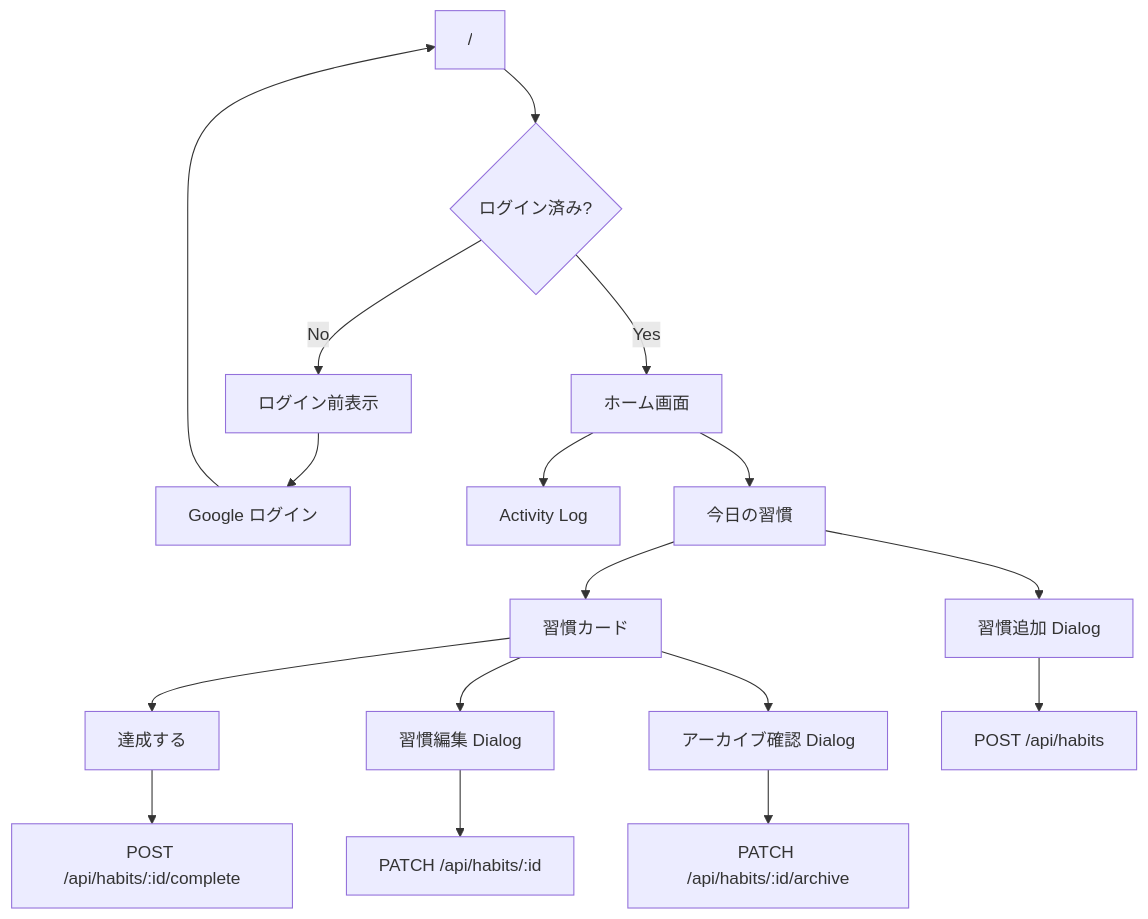
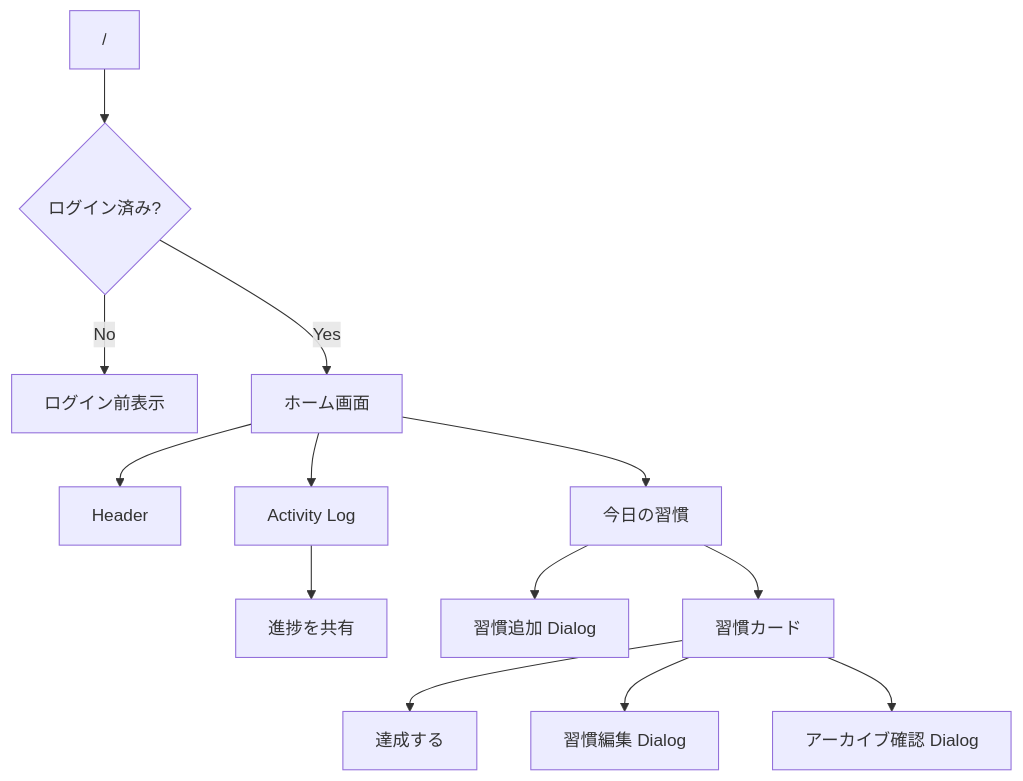
The diagram in docs/ui/README.md (devegoma/dailygreen), drawn with Mermaid before and after one commit. The commit also changed other lines of this file, not shown here.

````diff
--- a/docs/ui/README.md
+++ b/docs/ui/README.md
@@ -32,24 +32,17 @@
 ```mermaid
 flowchart TD
   Root["/"] --> SessionCheck{"ログイン済み?"}
-
   SessionCheck -->|No| LoginState["ログイン前表示"]
-  LoginState --> GoogleLogin["Google ログイン"]
-  GoogleLogin --> Root
-
   SessionCheck -->|Yes| Home["ホーム画面"]
 
+  Home --> Header["Header"]
   Home --> ActivityLog["Activity Log"]
+  ActivityLog --> Share["進捗を共有"]
   Home --> TodayHabits["今日の習慣"]
 
-  TodayHabits --> AddHabitDialog["習慣追加 Dialog"]
+  TodayHabits --> AddHabit["習慣追加 Dialog"]
   TodayHabits --> HabitCard["習慣カード"]
-  HabitCard --> CompleteAction["達成する"]
-  HabitCard --> EditHabitDialog["習慣編集 Dialog"]
-  HabitCard --> ArchiveConfirmDialog["アーカイブ確認 Dialog"]
-
-  AddHabitDialog --> CreateHabitApi["POST /api/habits"]
-  EditHabitDialog --> UpdateHabitApi["PATCH /api/habits/:id"]
-  CompleteAction --> CompleteHabitApi["POST /api/habits/:id/complete"]
-  ArchiveConfirmDialog --> ArchiveHabitApi["PATCH /api/habits/:id/archive"]
+  HabitCard --> Complete["達成する"]
+  HabitCard --> Edit["習慣編集 Dialog"]
+  HabitCard --> Archive["アーカイブ確認 Dialog"]
 ```
````
